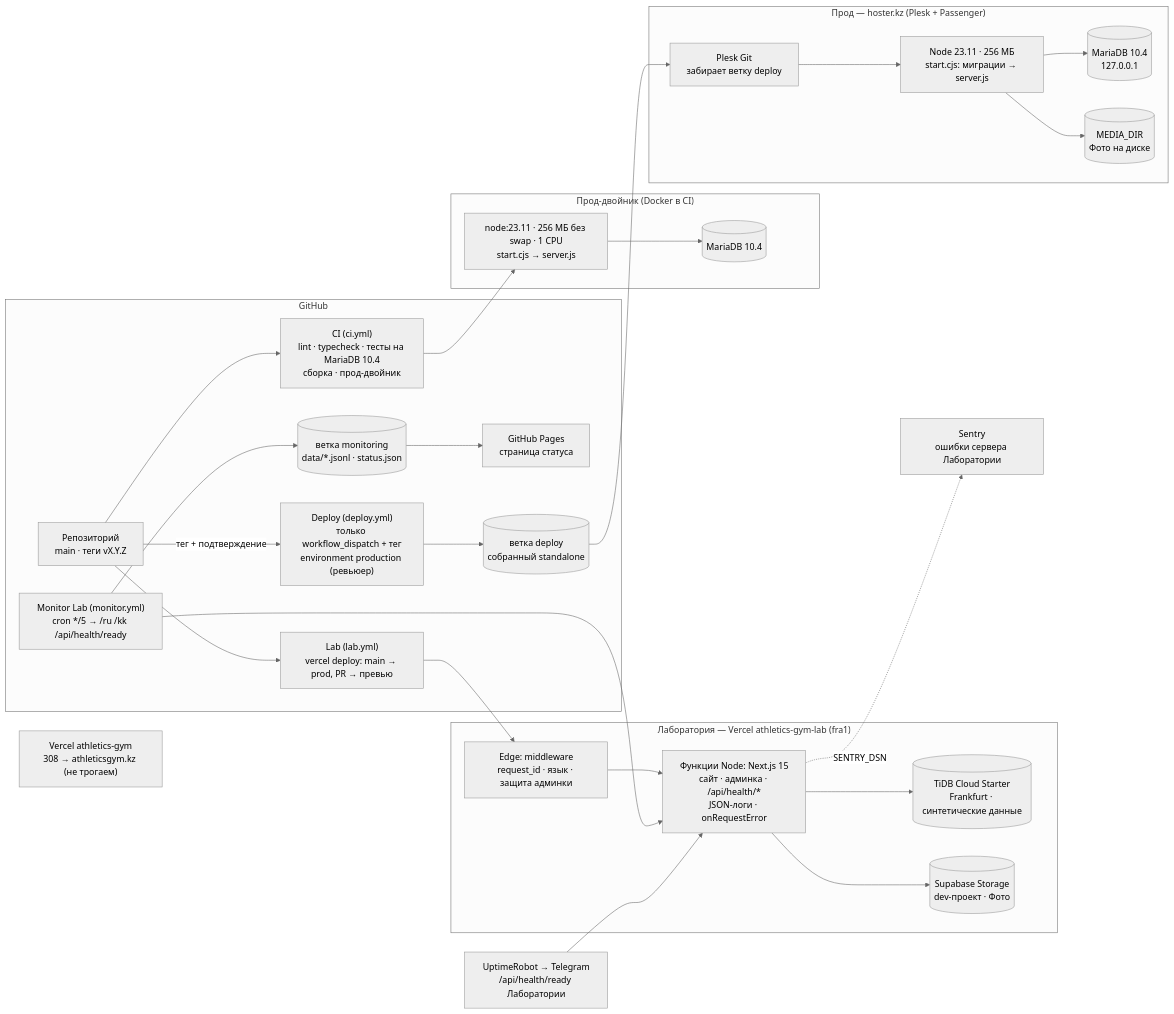
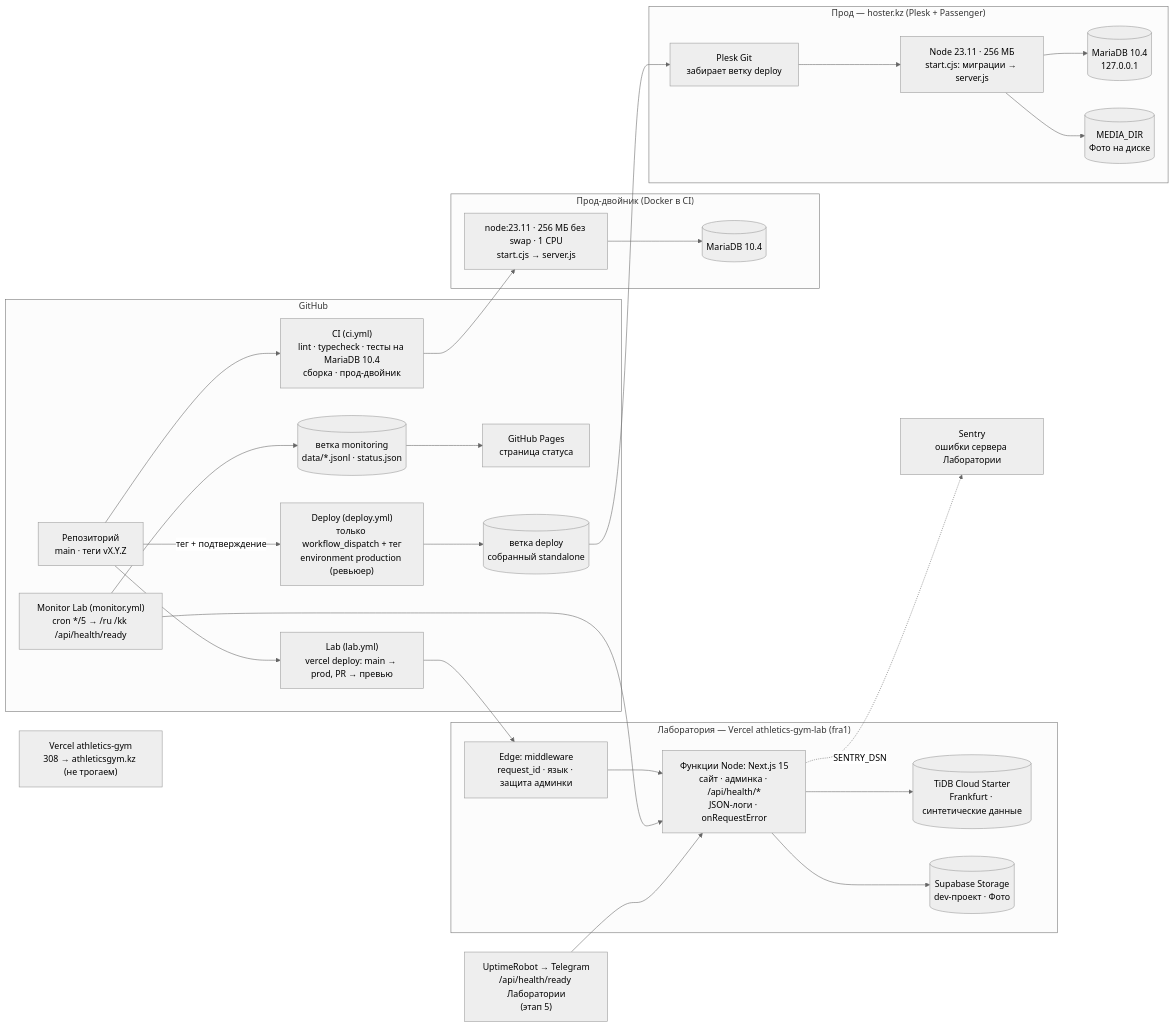
Before and after one commit to korolmo/athletics-gym: the second of 2 diagrams in docs/architecture/containers.md, drawn with Mermaid (neutral theme). The commit also changed other lines of this file, not shown here.

Commit message:
C4: UptimeRobot — этап 5

````diff
--- a/docs/architecture/containers.md
+++ b/docs/architecture/containers.md
@@ -27,48 +27,48 @@
 ```mermaid
 flowchart LR
   subgraph GH["GitHub"]
     repo["Репозиторий\nmain · теги vX.Y.Z"]
     ci["CI (ci.yml)\nlint · typecheck · тесты на MariaDB 10.4\nсборка · прод-двойник"]
     labwf["Lab (lab.yml)\nvercel deploy: main → prod, PR → превью"]
     deploywf["Deploy (deploy.yml)\nтолько workflow_dispatch + тег\nenvironment production (ревьюер)"]
     mon["Monitor Lab (monitor.yml)\ncron */5 → /ru /kk /api/health/ready"]
     monbr[("ветка monitoring\ndata/*.jsonl · status.json")]
     pages["GitHub Pages\nстраница статуса"]
     deploybr[("ветка deploy\nсобранный standalone")]
   end
 
   subgraph TWIN["Прод-двойник (Docker в CI)"]
     twinapp["node:23.11 · 256 МБ без swap · 1 CPU\nstart.cjs → server.js"]
     twindb[("MariaDB 10.4")]
   end
 
   subgraph LAB["Лаборатория — Vercel athletics-gym-lab (fra1)"]
     labedge["Edge: middleware\nrequest_id · язык · защита админки"]
     labfn["Функции Node: Next.js 15\nсайт · админка · /api/health/*\nJSON-логи · onRequestError"]
     tidb[("TiDB Cloud Starter\nFrankfurt · синтетические данные")]
     supa[("Supabase Storage\ndev-проект · Фото")]
   end
 
   subgraph PROD["Прод — hoster.kz (Plesk + Passenger)"]
     plesk["Plesk Git\nзабирает ветку deploy"]
     app["Node 23.11 · 256 МБ\nstart.cjs: миграции → server.js"]
     maria[("MariaDB 10.4\n127.0.0.1")]
     media[("MEDIA_DIR\nФото на диске")]
   end
 
   sentry["Sentry\nошибки сервера Лаборатории"]
-  uptime["UptimeRobot → Telegram\n/api/health/ready Лаборатории"]
+  uptime["UptimeRobot → Telegram\n/api/health/ready Лаборатории\n(этап 5)"]
   oldv["Vercel athletics-gym\n308 → athleticsgym.kz (не трогаем)"]
 
   repo --> ci --> twinapp --> twindb
   repo --> labwf --> labedge --> labfn
   labfn --> tidb
   labfn --> supa
   labfn -. "SENTRY_DSN" .-> sentry
   mon --> labfn
   mon --> monbr --> pages
   uptime --> labfn
   repo -- "тег + подтверждение" --> deploywf --> deploybr --> plesk --> app
   app --> maria
   app --> media
 ```
````
